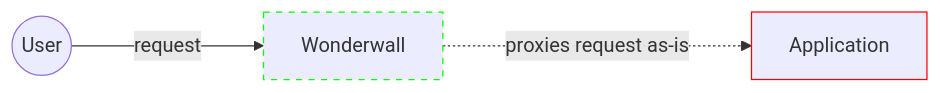
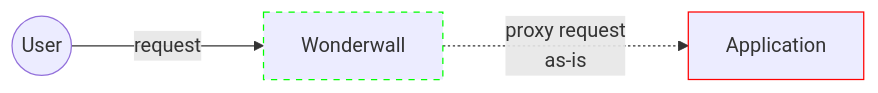
One commit to nais/doc changed the first of 4 diagrams in docs/addons/wonderwall.md. Above: the diagram before and after it, drawn with Mermaid. The commit also changed other lines of this file, not shown here.

Commit message:
wonderwall: clean up mermaid diagram descriptions

````diff
--- a/docs/addons/wonderwall.md
+++ b/docs/addons/wonderwall.md
@@ -21,8 +21,8 @@
 ```mermaid
 graph LR
   style Wonderwall stroke:#0f0,stroke-dasharray: 5
   style Application stroke:#f00
     
   U((User)) -- "request" ---> Wonderwall
-  Wonderwall -. "proxies request as-is" -..-> Application
+  Wonderwall -. "proxy request\n as-is" -..-> Application
 ```
````
